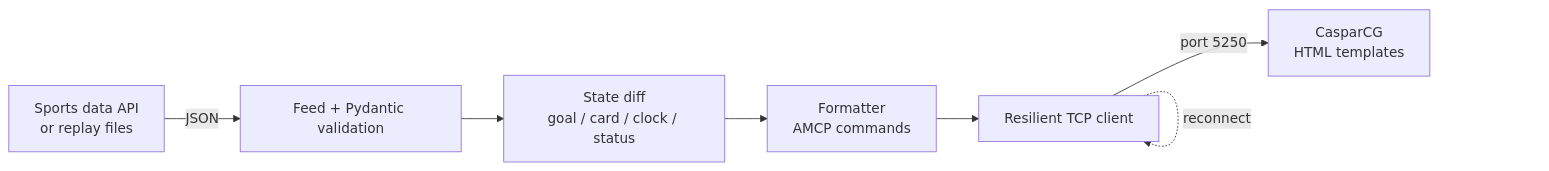
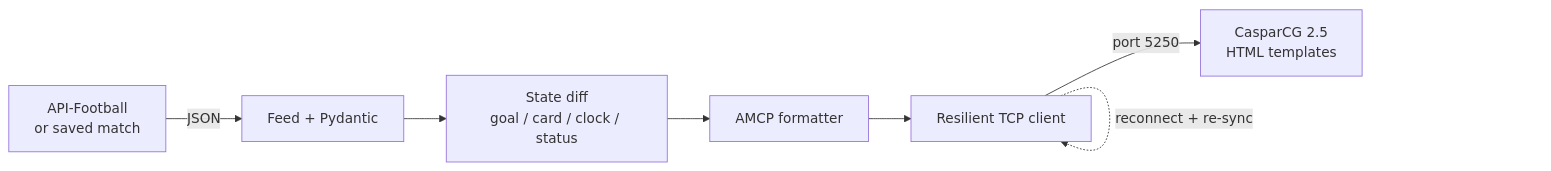
One commit to tariksalih412/live-sports-graphics-controller changed the diagram in README.md. Above: the diagram before and after it, drawn with Mermaid. The commit also changed other lines of this file and 27 other files, not shown here.

Commit message:
Release v1.0.0: CasparCG-only, real-match rebuild, logging with latency summary, CI and docs

````diff
--- a/README.md
+++ b/README.md
@@ -24,9 +34,9 @@
 ```mermaid
 flowchart LR
-    A[Sports data API<br/>or replay files] -->|JSON| B[Feed + Pydantic validation]
+    A[API-Football<br/>or saved match] -->|JSON| B[Feed + Pydantic]
     B --> C[State diff<br/>goal / card / clock / status]
-    C --> D[Formatter<br/>AMCP commands]
+    C --> D[AMCP formatter]
     D --> E[Resilient TCP client]
-    E -->|port 5250| F[CasparCG<br/>HTML templates]
-    E -.->|reconnect| E
+    E -->|port 5250| F[CasparCG 2.5<br/>HTML templates]
+    E -.->|reconnect + re-sync| E
 ```
````
